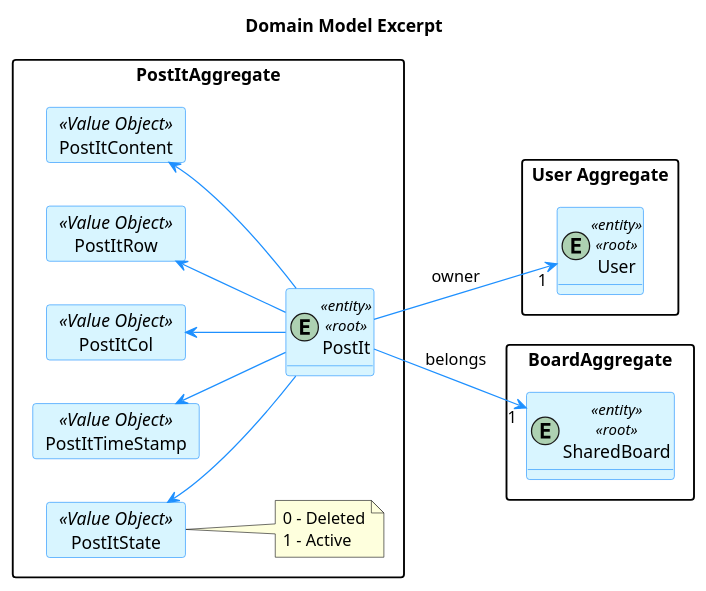
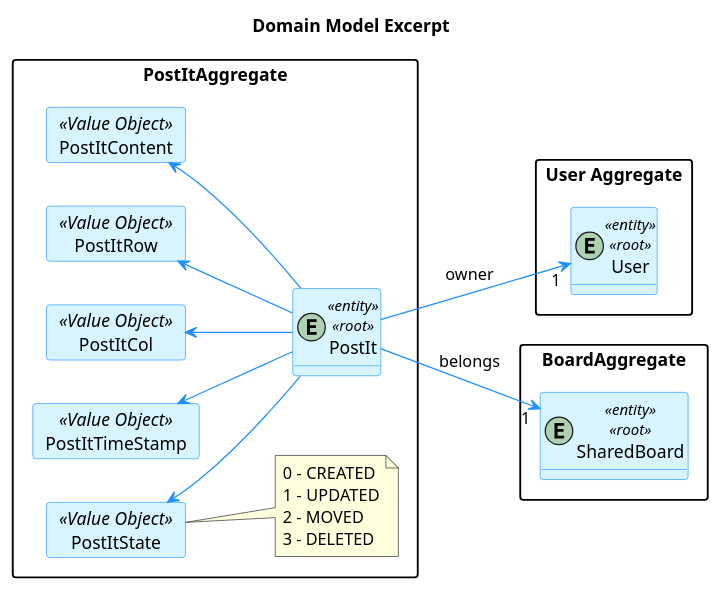
The diagram in docs/SPRINT C/US_3006/Analysis/DomainModelExcerpt.puml (brunacosta03/sem4pi_22_23), drawn with PlantUML before and after one commit. The commit also changed 18 other files, not shown here.

```diff
--- a/docs/SPRINT C/US_3006/Analysis/DomainModelExcerpt.puml
+++ b/docs/SPRINT C/US_3006/Analysis/DomainModelExcerpt.puml
@@ -1,65 +1,67 @@
 @startuml
 
 title Domain Model Excerpt
 
 hide methods
 left to right direction
 
 skinparam classAttributeIconSize 0
 
 skinparam class {
     LifeLineBorderColor DodgerBlue
     LifeLineBackgroundColor APPLICATION
     BackgroundColor #D8F5FF
     ArrowColor DodgerBlue
     BorderColor DodgerBlue
 }
 
 skinparam packageStyle rectangle
 
 skinparam card {
     LifeLineBorderColor DodgerBlue
     LifeLineBackgroundColor APPLICATION
     BackgroundColor #D8F5FF
     ArrowColor DodgerBlue
     BorderColor DodgerBlue
 }
 
 package "User Aggregate" {
     entity User <<entity>><<root>>
 }
 
 package BoardAggregate {
     entity SharedBoard <<entity>><<root>>
 }
 
 package PostItAggregate {
     entity PostIt <<entity>><<root>>
     card PostItContent <<Value Object>>{
     }
 
     card PostItRow <<Value Object>>{
     }
     card PostItCol <<Value Object>>{
     }
     card PostItTimeStamp <<Value Object>>{
     }
     card PostItState <<Value Object>>{
     }
 
     note right of PostItState
-        0 - Deleted
-        1 - Active
+        0 - CREATED
+        1 - UPDATED
+        2 - MOVED
+        3 - DELETED
     end note
 
     PostItContent <-- PostIt
     PostItRow <-- PostIt
     PostItCol <-- PostIt
     PostItTimeStamp <-- PostIt
     PostItState <-- PostIt
 }
 
 PostIt --> "1" User :owner
 PostIt --> "1" SharedBoard :belongs
 
 @enduml
```
